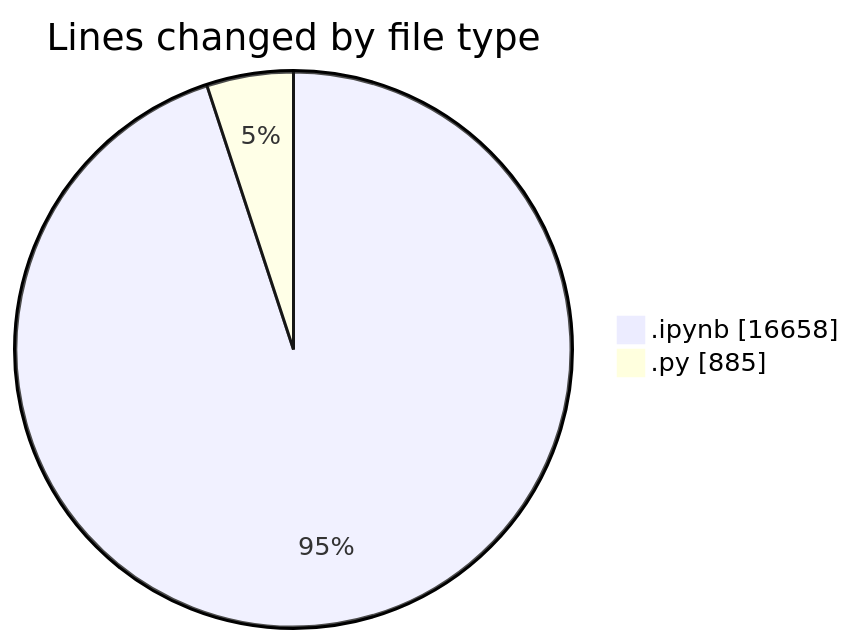
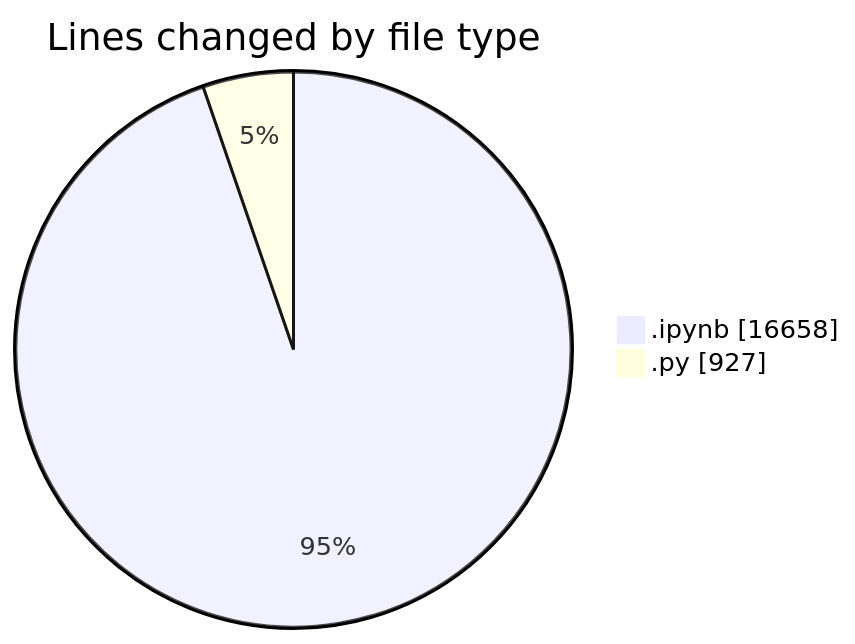
One commit to MatusMokan/code-tracking changed the first of 2 diagrams in 2025-03-20/myws__workspace_/README.md. Above: the diagram before and after it, drawn with Mermaid. The commit also changed other lines of this file and 1 other file, not shown here.

````diff
--- a/2025-03-20/myws__workspace_/README.md
+++ b/2025-03-20/myws__workspace_/README.md
@@ -21,6 +21,6 @@
 ```mermaid
 pie showData
 title Lines changed by file type
 ".ipynb" : 16658
-".py" : 885
+".py" : 927
 ```
````
